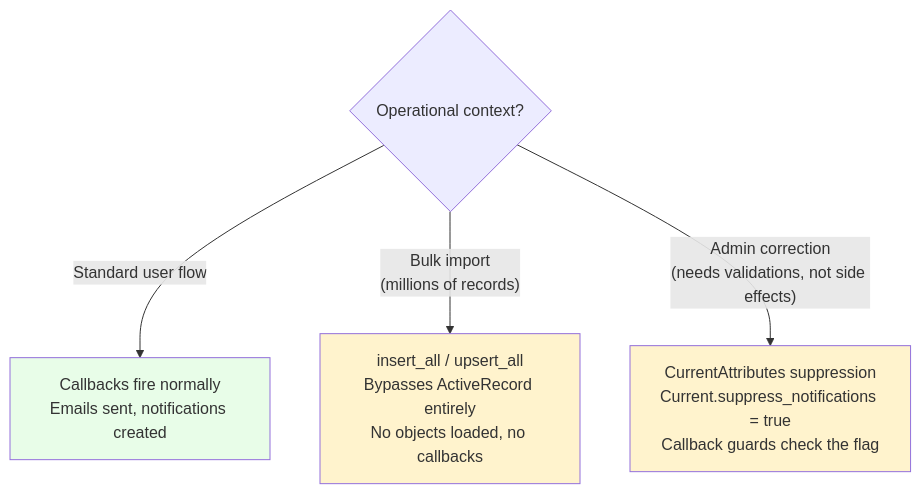
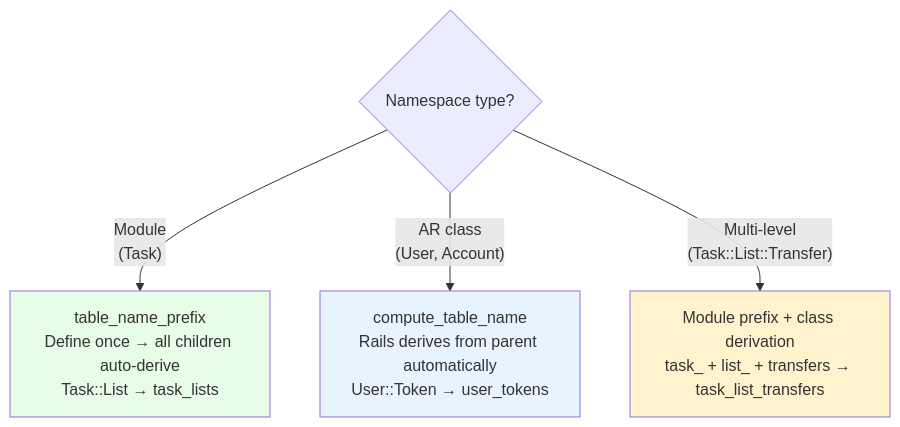
Before and after one commit to railswhey/app: the second of 2 diagrams in README.md, drawn with Mermaid. The commit also changed other lines of this file and 65 other files, not shown here.

````diff
--- a/README.md
+++ b/README.md
@@ -229,11 +161,11 @@
 ```mermaid
 flowchart TD
-  OP{"Operational context?"}
-  OP -->|"Standard user flow"| CB["Callbacks fire normally<br/>Emails sent, notifications created"]
-  OP -->|"Bulk import<br/>(millions of records)"| IA["insert_all / upsert_all<br/>Bypasses ActiveRecord entirely<br/>No objects loaded, no callbacks"]
-  OP -->|"Admin correction<br/>(needs validations, not side effects)"| CA["CurrentAttributes suppression<br/>Current.suppress_notifications = true<br/>Callback guards check the flag"]
+  N{"Namespace type?"}
+  N -->|"Module<br/>(Task)"| P["table_name_prefix<br/>Define once → all children auto-derive<br/>Task::List → task_lists"]
+  N -->|"AR class<br/>(User, Account)"| C["compute_table_name<br/>Rails derives from parent automatically<br/>User::Token → user_tokens"]
+  N -->|"Multi-level<br/>(Task::List::Transfer)"| M["Module prefix + class derivation<br/>task_ + list_ + transfers → task_list_transfers"]
 
-  style CB fill:#e8fde8
-  style IA fill:#fff3cd
-  style CA fill:#fff3cd
+  style P fill:#e8fde8
+  style C fill:#e8f4fd
+  style M fill:#fff3cd
 ```
````
